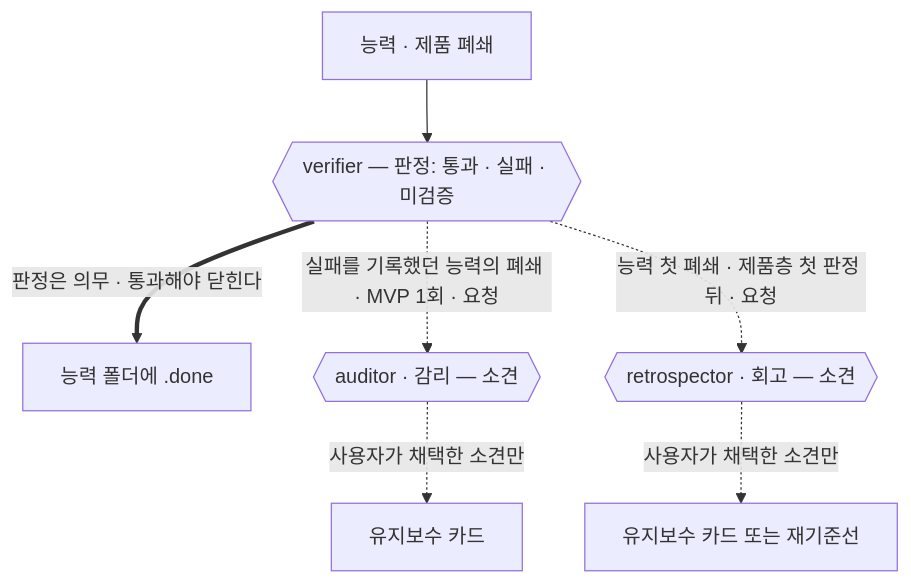
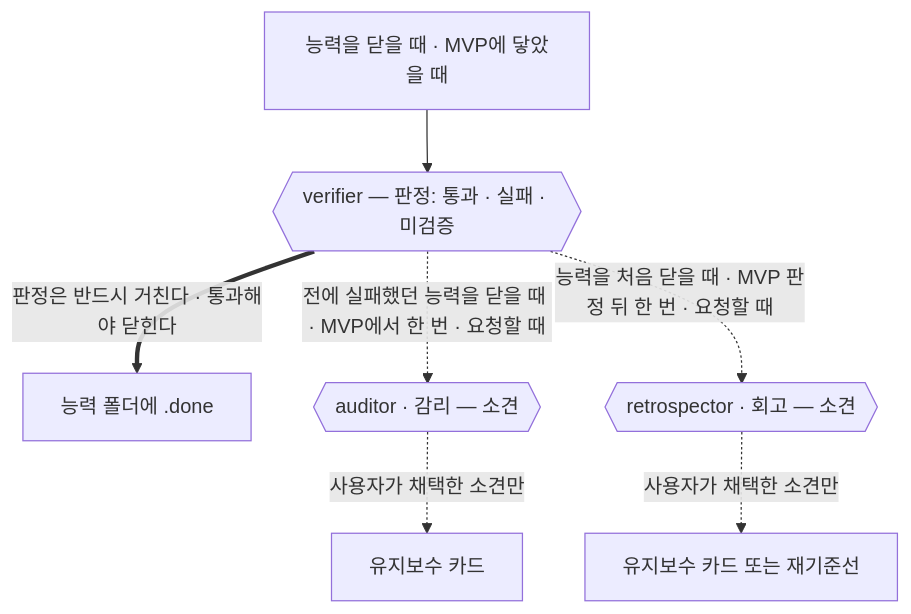
One commit to nanomia-ai/devflow changed the fourth of 5 diagrams in README_ko.md. Above: the diagram before and after it, drawn with Mermaid. The commit also changed other lines of this file and 2 other files, not shown here.

````diff
--- a/README_ko.md
+++ b/README_ko.md
@@ -222,9 +222,9 @@
 ```mermaid
 flowchart TB
-    CL["능력 · 제품 폐쇄"] --> VF{{"verifier — 판정: 통과 · 실패 · 미검증"}}
-    VF ==>|"판정은 의무 · 통과해야 닫힌다"| DN["능력 폴더에 .done"]
-    VF -.->|"실패를 기록했던 능력의 폐쇄 · MVP 1회 · 요청"| AU{{"auditor · 감리 — 소견"}}
-    VF -.->|"능력 첫 폐쇄 · 제품층 첫 판정 뒤 · 요청"| RT{{"retrospector · 회고 — 소견"}}
+    CL["능력을 닫을 때 · MVP에 닿았을 때"] --> VF{{"verifier — 판정: 통과 · 실패 · 미검증"}}
+    VF ==>|"판정은 반드시 거친다 · 통과해야 닫힌다"| DN["능력 폴더에 .done"]
+    VF -.->|"전에 실패했던 능력을 닫을 때 · MVP에서 한 번 · 요청할 때"| AU{{"auditor · 감리 — 소견"}}
+    VF -.->|"능력을 처음 닫을 때 · MVP 판정 뒤 한 번 · 요청할 때"| RT{{"retrospector · 회고 — 소견"}}
     AU -.->|"사용자가 채택한 소견만"| MC["유지보수 카드"]
     RT -.->|"사용자가 채택한 소견만"| RB["유지보수 카드 또는 재기준선"]
 ```
````
